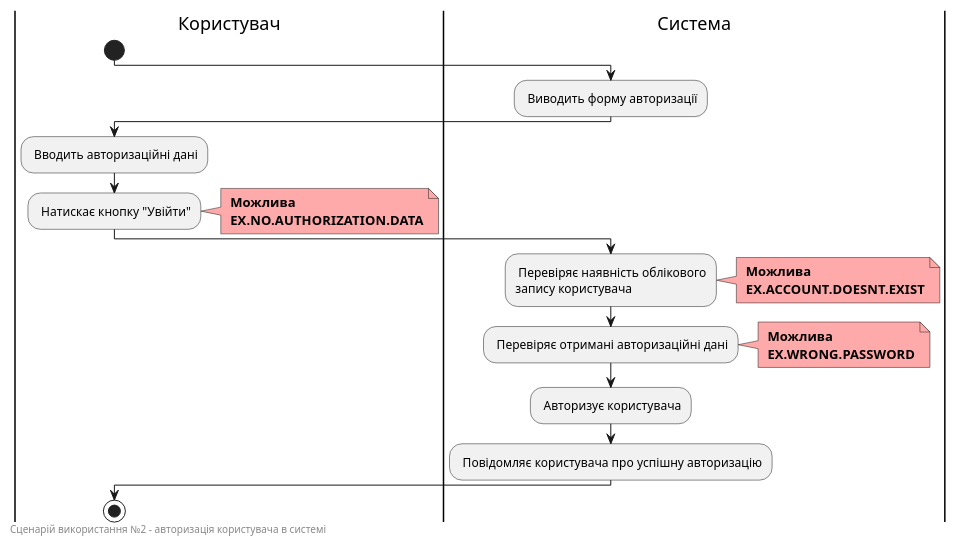
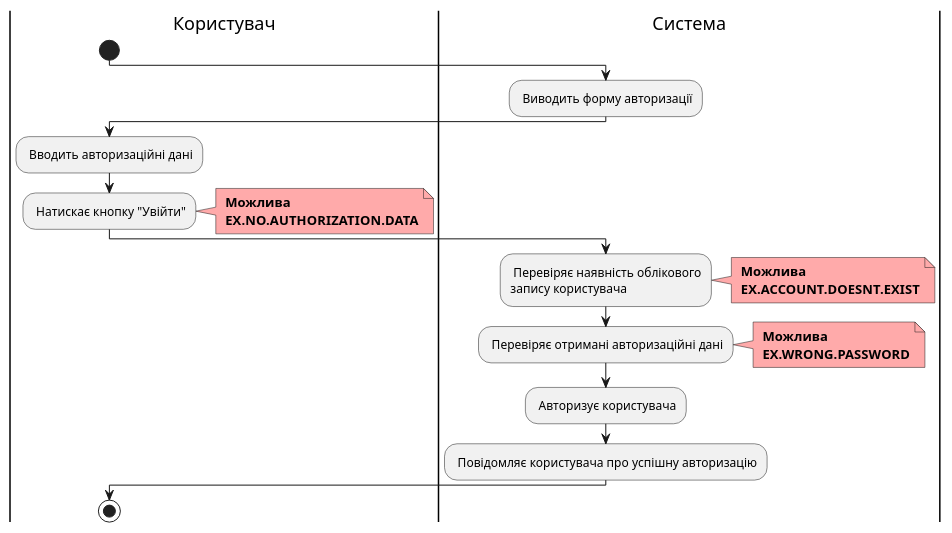
Before and after one commit to edu-db/edu_db_labs: the seventh of 9 diagrams in docs/use cases/README.md, drawn with PlantUML. The commit also changed other lines of this file and 1 other file, not shown here.

Commit message:
edit stakeholders-needs and use-case diagrams

```diff
--- a/docs/use cases/README.md
+++ b/docs/use cases/README.md
@@ -281,41 +295,37 @@
 @startuml
 
     |Користувач|
         start
 
     |Система|
         : Виводить форму авторизації;
 
     |Користувач|
         : Вводить авторизаційні дані;
         : Натискає кнопку "Увійти";
         note right #ffaaaa
         <b> Можлива
         <b> EX.NO.AUTHORIZATION.DATA
         end note
         
     |Система|
         : Перевіряє наявність облікового 
         запису користувача;
         note right #ffaaaa
         <b> Можлива
         <b> EX.ACCOUNT.DOESNT.EXIST
         end note
         
         : Перевіряє отримані авторизаційні дані;
         note right #ffaaaa
         <b> Можлива
         <b> EX.WRONG.PASSWORD
         end note
         
         : Авторизує користувача;
         : Повідомляє користувача про успішну авторизацію;
 
     |Користувач|
         stop;
 
-    left footer
-        Сценарій використання №2 - авторизація користувача в системі
-    end footer
-
 @enduml
```
